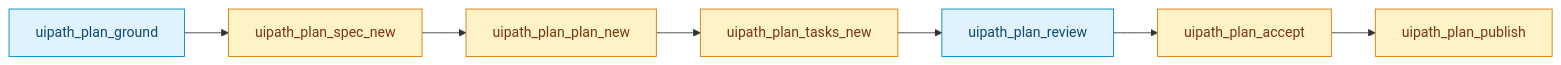
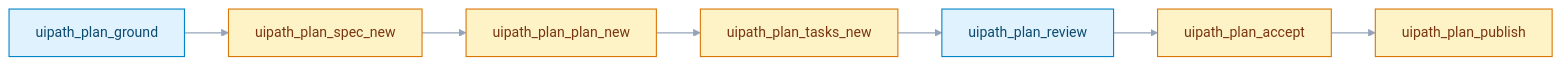
One commit to DanielaRosenn/uiplan-agent-of-agents changed the third of 5 diagrams in README.md. Above: the diagram before and after it, drawn with Mermaid. The commit also changed other lines of this file and 38 other files, not shown here.

````diff
--- a/README.md
+++ b/README.md
@@ -145,11 +186,13 @@
 ```mermaid
+%%{init: {'theme':'base','themeVariables':{'primaryColor':'#E2E8F0','primaryTextColor':'#0F172A','primaryBorderColor':'#94A3B8','lineColor':'#94A3B8','secondaryColor':'#F1F5F9','tertiaryColor':'#F8FAFC','background':'#FFFFFF','clusterBkg':'#F8FAFC','clusterBorder':'#CBD5E1','titleColor':'#0F172A','edgeLabelBackground':'#FFFFFF','fontFamily':'Inter, ui-sans-serif, system-ui'}}}%%
 flowchart LR
   G[uipath_plan_ground]:::ro --> S[uipath_plan_spec_new]:::w
   S --> P[uipath_plan_plan_new]:::w
   P --> T[uipath_plan_tasks_new]:::w
   T --> R[uipath_plan_review]:::ro
   R --> A[uipath_plan_accept]:::w
   A --> Pub[uipath_plan_publish]:::w
-  classDef ro fill:#E0F2FE,stroke:#0284C7,color:#0C4A6E
-  classDef w fill:#FEF3C7,stroke:#D97706,color:#78350F
+  classDef ro fill:#E0F2FE,stroke:#0284C7,color:#0C4A6E,stroke-width:1.25px
+  classDef w fill:#FEF3C7,stroke:#D97706,color:#78350F,stroke-width:1.25px
+  linkStyle default stroke:#94A3B8,stroke-width:1.5px
 ```
````
